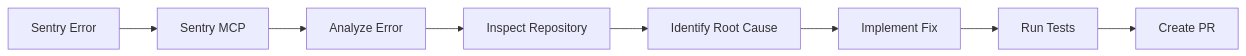
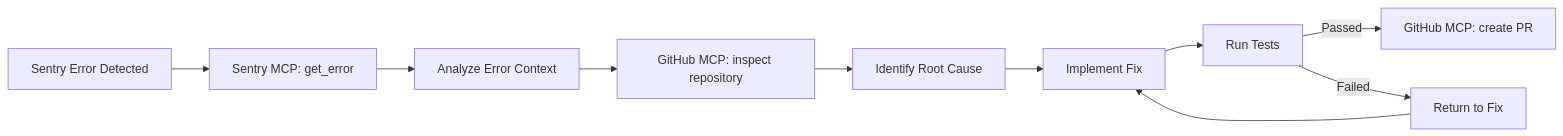
Before and after one commit to Amie-dev/FDE-and-GenAI-Mastery: the eighth of 20 diagrams in Lecture 23 - Claude Skills/notes/02-planning-design-and-technical-requirements.md, drawn with Mermaid. The commit also changed other lines of this file and 6 other files, not shown here.

````diff
--- a/Lecture 23 - Claude Skills/notes/02-planning-design-and-technical-requirements.md
+++ b/Lecture 23 - Claude Skills/notes/02-planning-design-and-technical-requirements.md
@@ -228,10 +360,12 @@
 ```mermaid
 flowchart LR
-    A["Sentry Error"] --> B["Sentry MCP"]
-    B --> C["Analyze Error"]
-    C --> D["Inspect Repository"]
+    A["Sentry Error Detected"] --> B["Sentry MCP: get_error"]
+    B --> C["Analyze Error Context"]
+    C --> D["GitHub MCP: inspect repository"]
     D --> E["Identify Root Cause"]
     E --> F["Implement Fix"]
     F --> G["Run Tests"]
-    G --> H["Create PR"]
+    G -->|Passed| H["GitHub MCP: create PR"]
+    G -->|Failed| I["Return to Fix"]
+    I --> F
 ```
````
